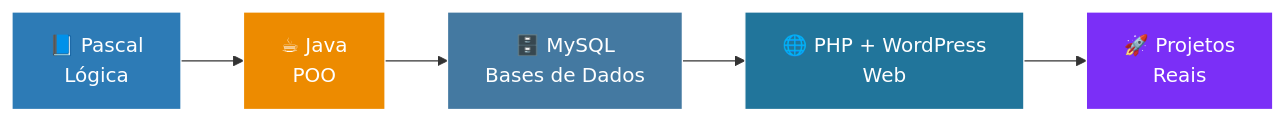
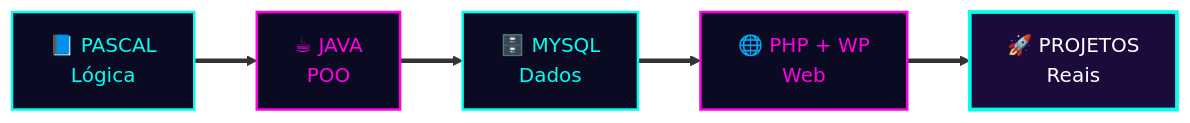
The diagram in README.md (sizwemassango-beep/sizwemassango-beep), drawn with Mermaid before and after one commit. The commit also changed other lines of this file, not shown here.

````diff
--- a/README.md
+++ b/README.md
@@ -107,13 +80,13 @@
 ```mermaid
 flowchart LR
-    A[📘 Pascal<br/>Lógica] --> B[☕ Java<br/>POO]
-    B --> C[🗄️ MySQL<br/>Bases de Dados]
-    C --> D[🌐 PHP + WordPress<br/>Web]
-    D --> E[🚀 Projetos<br/>Reais]
+    A[📘 PASCAL<br/>Lógica] ==> B[☕ JAVA<br/>POO]
+    B ==> C[🗄️ MYSQL<br/>Dados]
+    C ==> D[🌐 PHP + WP<br/>Web]
+    D ==> E[🚀 PROJETOS<br/>Reais]
 
-    style A fill:#2D7BB6,stroke:#fff,color:#fff
-    style B fill:#ED8B00,stroke:#fff,color:#fff
-    style C fill:#4479A1,stroke:#fff,color:#fff
-    style D fill:#21759B,stroke:#fff,color:#fff
-    style E fill:#7B2FF7,stroke:#fff,color:#fff
+    style A fill:#0a0a23,stroke:#00FFF0,stroke-width:2px,color:#00FFF0
+    style B fill:#0a0a23,stroke:#FF00E5,stroke-width:2px,color:#FF00E5
+    style C fill:#0a0a23,stroke:#00FFF0,stroke-width:2px,color:#00FFF0
+    style D fill:#0a0a23,stroke:#FF00E5,stroke-width:2px,color:#FF00E5
+    style E fill:#1b0b3a,stroke:#00FFF0,stroke-width:3px,color:#fff
 ```
````
